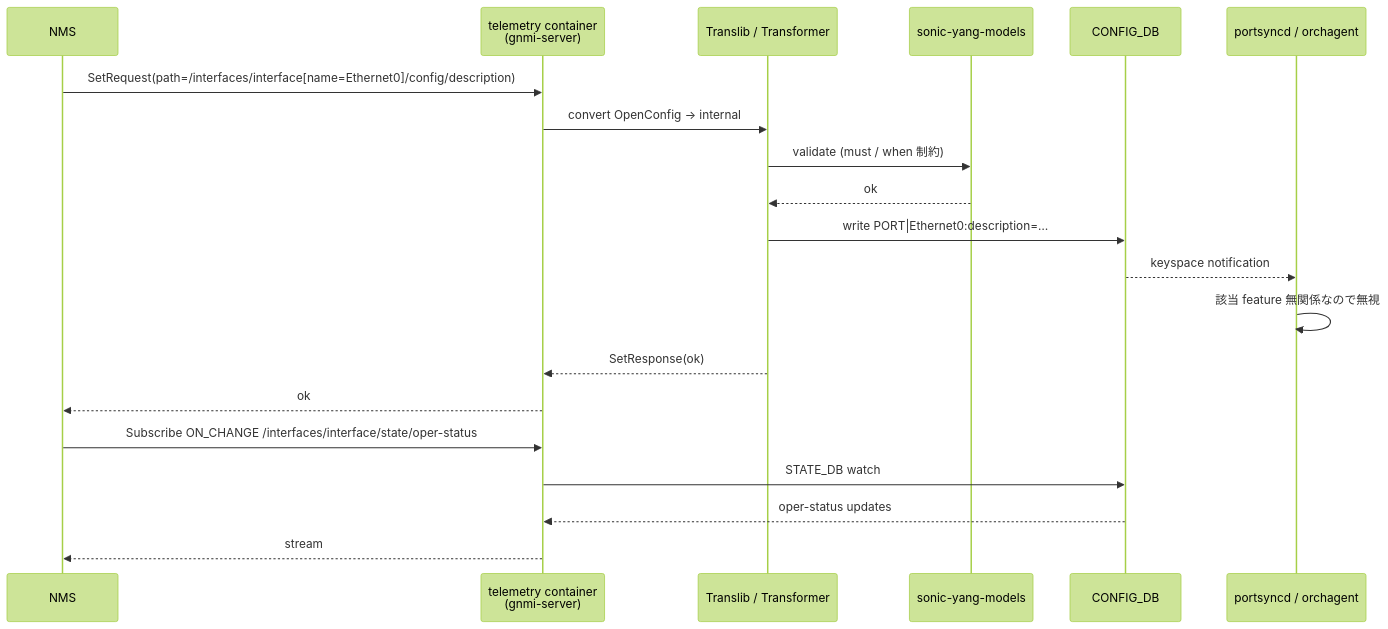
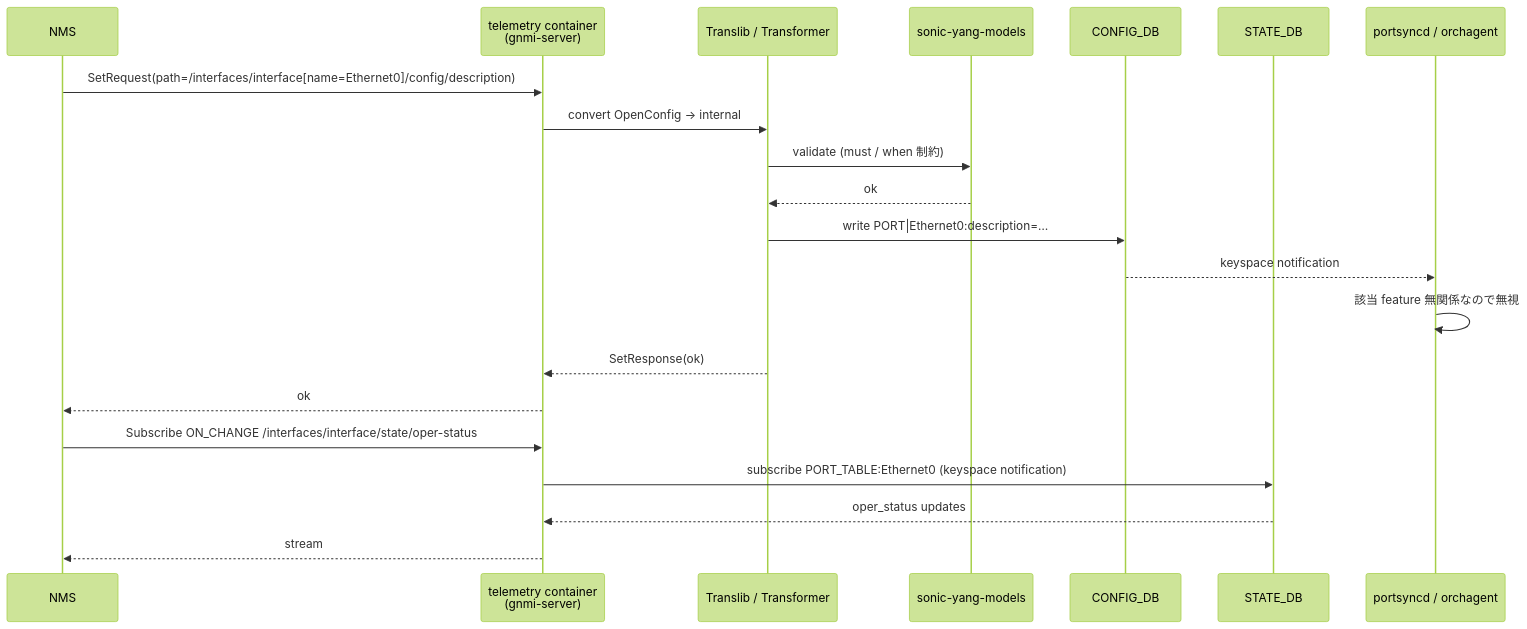
Before and after one commit to aoki-taquan/sonic-unofficial-docs: the diagram in docs/topics/10-gnmi-openconfig/concept.md, drawn with Mermaid (forest theme). The commit also changed other lines of this file and 22 other files, not shown here.

````diff
--- a/docs/topics/10-gnmi-openconfig/concept.md
+++ b/docs/topics/10-gnmi-openconfig/concept.md
@@ -73,22 +73,23 @@
 ```mermaid
 sequenceDiagram
   participant NMS
   participant GNMI as telemetry container<br>(gnmi-server)
   participant TR as Translib / Transformer
   participant YANG as sonic-yang-models
   participant CFG as CONFIG_DB
+  participant STA as STATE_DB
   participant ORCH as portsyncd / orchagent
   NMS->>GNMI: SetRequest(path=/interfaces/interface[name=Ethernet0]/config/description)
   GNMI->>TR: convert OpenConfig → internal
   TR->>YANG: validate (must / when 制約)
   YANG-->>TR: ok
   TR->>CFG: write PORT|Ethernet0:description=…
   CFG-->>ORCH: keyspace notification
   ORCH->>ORCH: 該当 feature 無関係なので無視
   TR-->>GNMI: SetResponse(ok)
   GNMI-->>NMS: ok
   NMS->>GNMI: Subscribe ON_CHANGE /interfaces/interface/state/oper-status
-  GNMI->>CFG: STATE_DB watch
-  CFG-->>GNMI: oper-status updates
+  GNMI->>STA: subscribe PORT_TABLE:Ethernet0 (keyspace notification)
+  STA-->>GNMI: oper_status updates
   GNMI-->>NMS: stream
 ```
````
